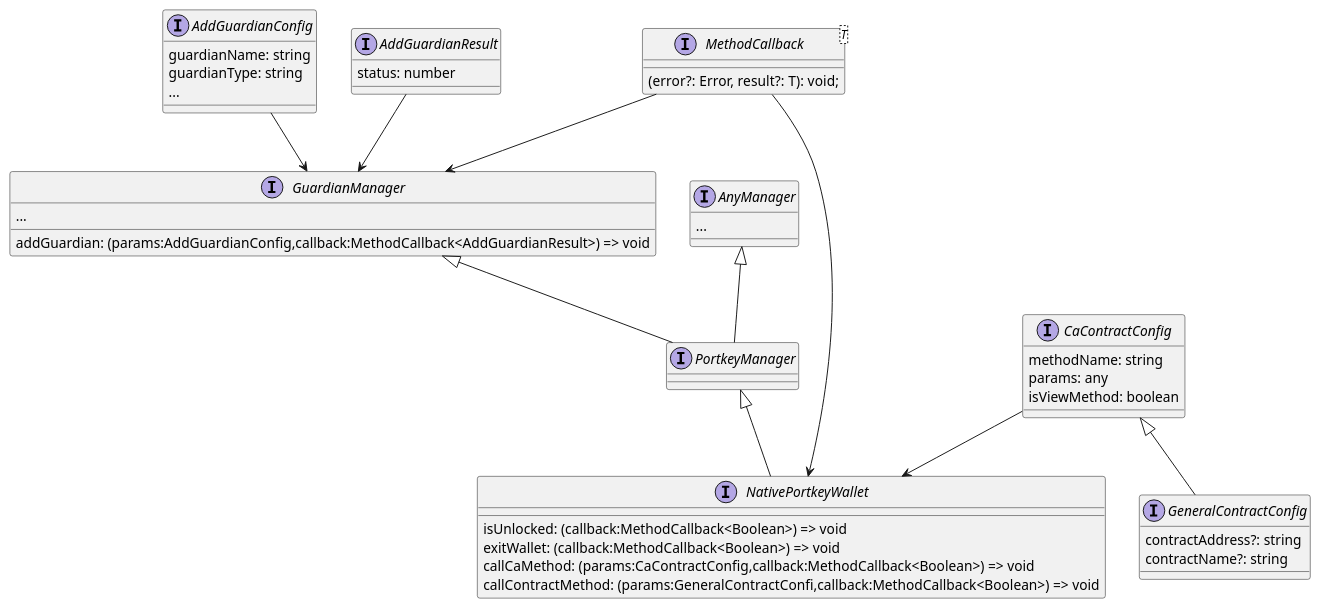
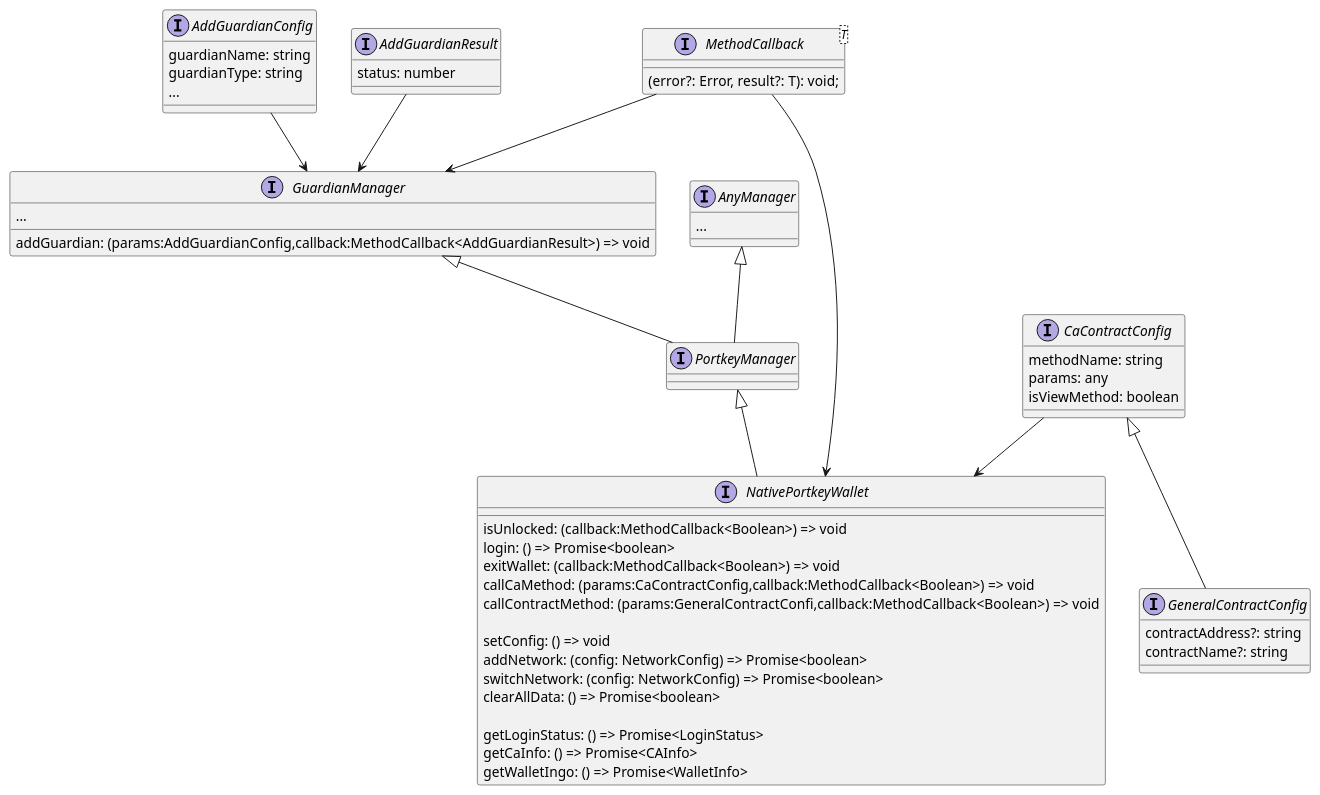
Before and after one commit to Portkey-Wallet/portkey-wallet: the diagram in packages/rn-sdk/uml/native-wallet.puml, drawn with PlantUML. The commit also changed 6 other files, not shown here.

```diff
--- a/packages/rn-sdk/uml/native-wallet.puml
+++ b/packages/rn-sdk/uml/native-wallet.puml
@@ -1,54 +1,64 @@
 @startuml wallet
 
 interface NativePortkeyWallet extends PortkeyManager {
     isUnlocked: (callback:MethodCallback<Boolean>) => void
+    login: () => Promise<boolean>
     exitWallet: (callback:MethodCallback<Boolean>) => void
     callCaMethod: (params:CaContractConfig,callback:MethodCallback<Boolean>) => void
     callContractMethod: (params:GeneralContractConfi,callback:MethodCallback<Boolean>) => void
+
+    setConfig: () => void
+    addNetwork: (config: NetworkConfig) => Promise<boolean>
+    switchNetwork: (config: NetworkConfig) => Promise<boolean>
+    clearAllData: () => Promise<boolean>
+
+    getLoginStatus: () => Promise<LoginStatus>
+    getCaInfo: () => Promise<CAInfo>
+    getWalletIngo: () => Promise<WalletInfo>
 }
 
 interface PortkeyManager extends GuardianManager, AnyManager {
 
 }
 
 interface GuardianManager {
     addGuardian: (params:AddGuardianConfig,callback:MethodCallback<AddGuardianResult>) => void
     ...
 }
 
 interface AnyManager {
     ...
 }
 
 interface AddGuardianConfig {
     guardianName: string
     guardianType: string
     ...
 }
 
 interface AddGuardianResult {
     status: number
 }
 
 interface MethodCallback<T> {
     (error?: Error, result?: T): void;
 }
 
 interface CaContractConfig {
     methodName: string
     params: any
     isViewMethod: boolean
 }
 
 interface GeneralContractConfig extends CaContractConfig {
     contractAddress?: string
     contractName?: string
 }
 
 MethodCallback --> NativePortkeyWallet
 MethodCallback --> GuardianManager
 CaContractConfig --> NativePortkeyWallet
 AddGuardianConfig --> GuardianManager
 AddGuardianResult --> GuardianManager
 
 @enduml
```
